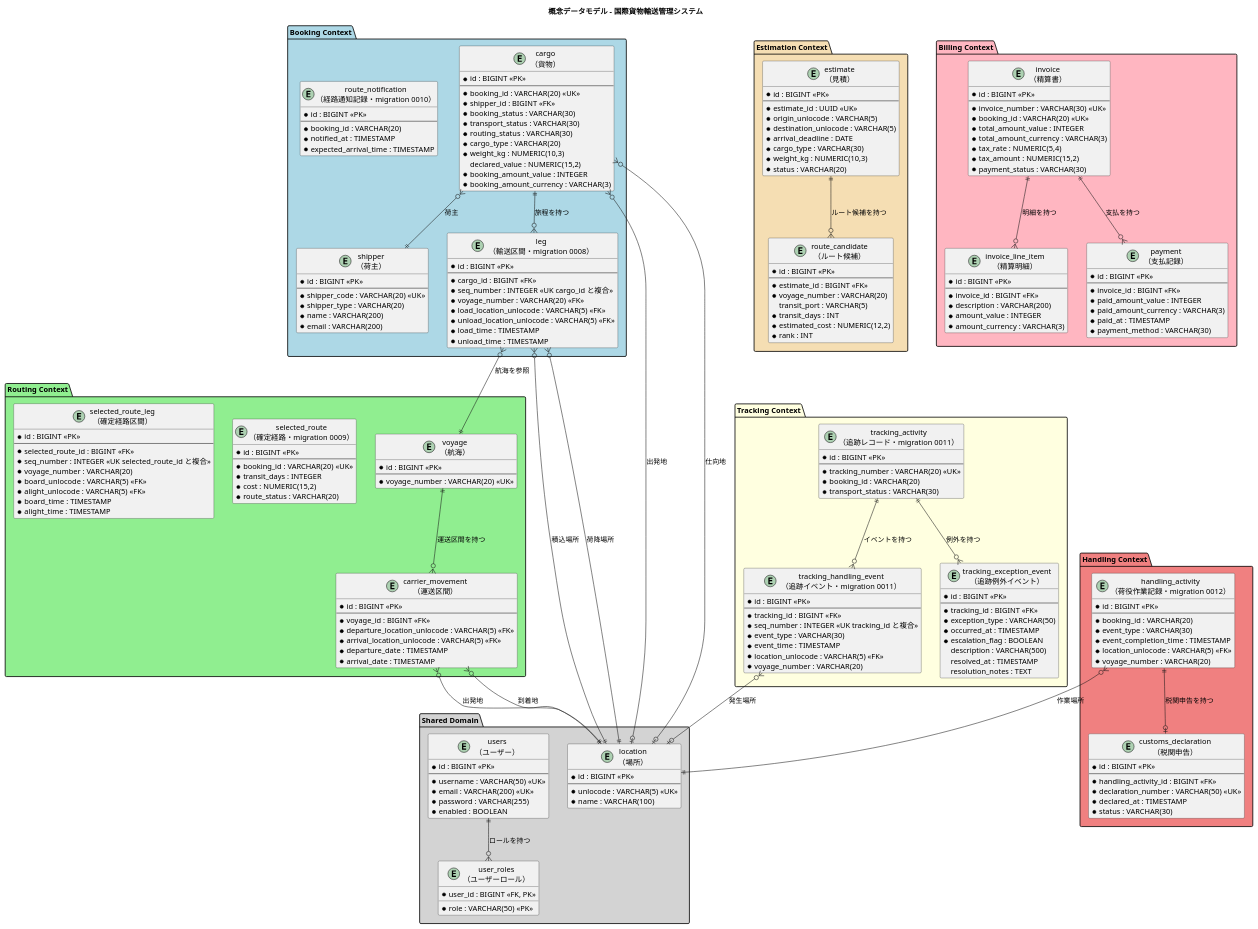
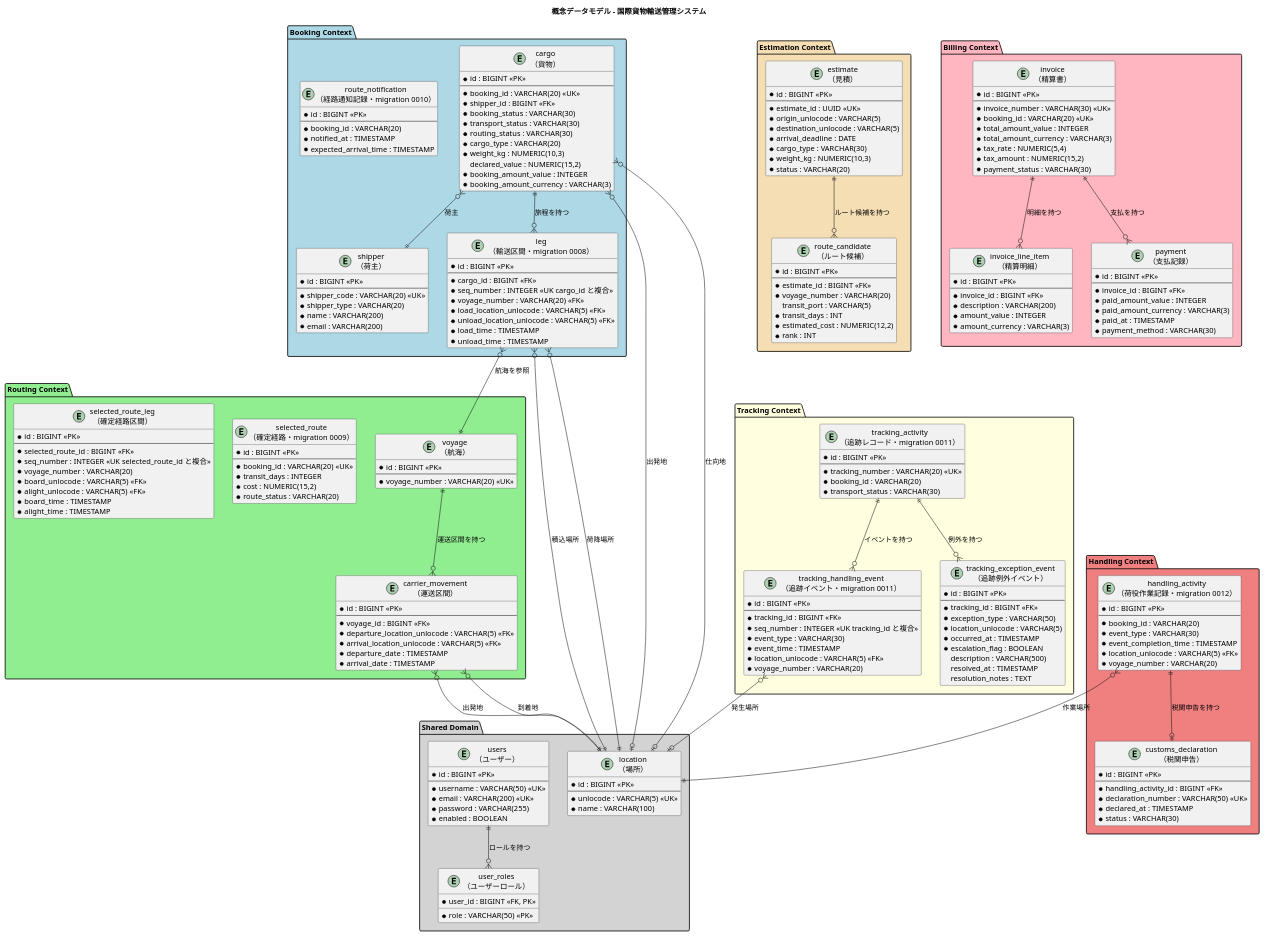
The first of 9 diagrams in docs/design/data-model.md (k2works/case-study-cargo-tracker), drawn with PlantUML before and after one commit. The commit also changed other lines of this file and 6 other files, not shown here.

```diff
--- a/docs/design/data-model.md
+++ b/docs/design/data-model.md
@@ -172,6 +172,7 @@
     --
     * tracking_id : BIGINT <<FK>>
     * exception_type : VARCHAR(50)
+    * location_unlocode : VARCHAR(5)
     * occurred_at : TIMESTAMP
     * escalation_flag : BOOLEAN
     description : VARCHAR(500)
```
